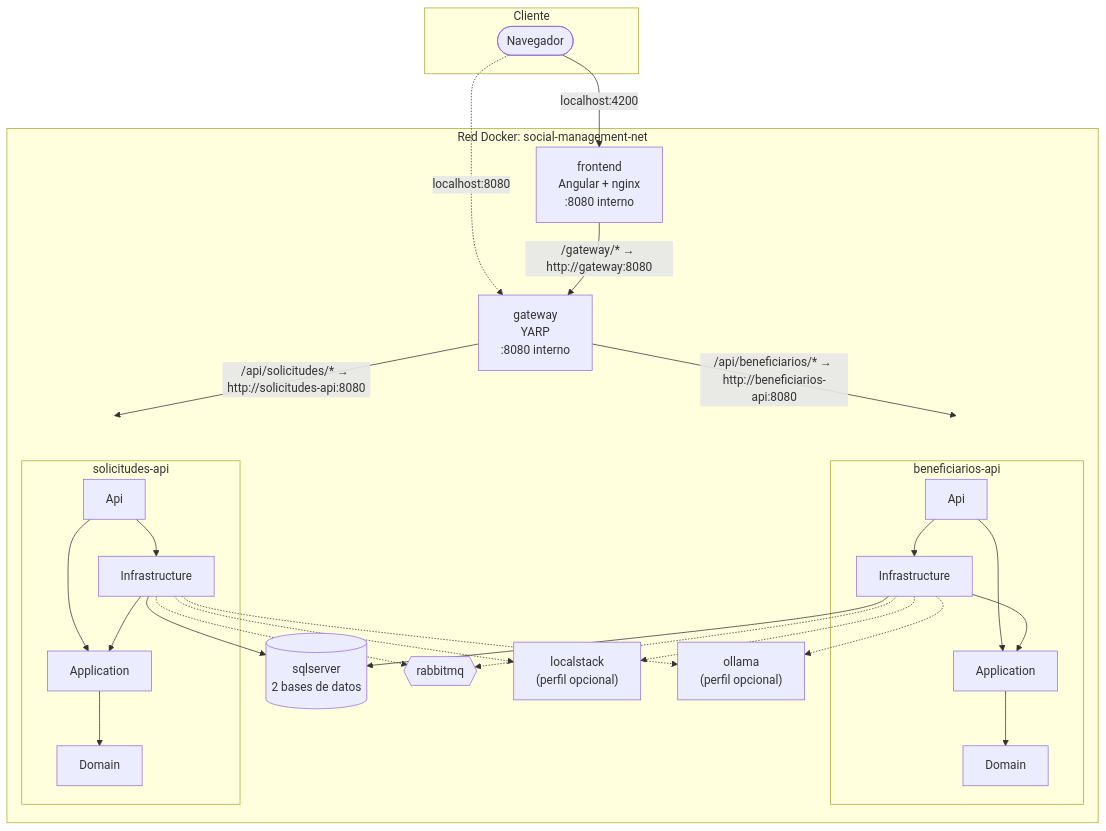
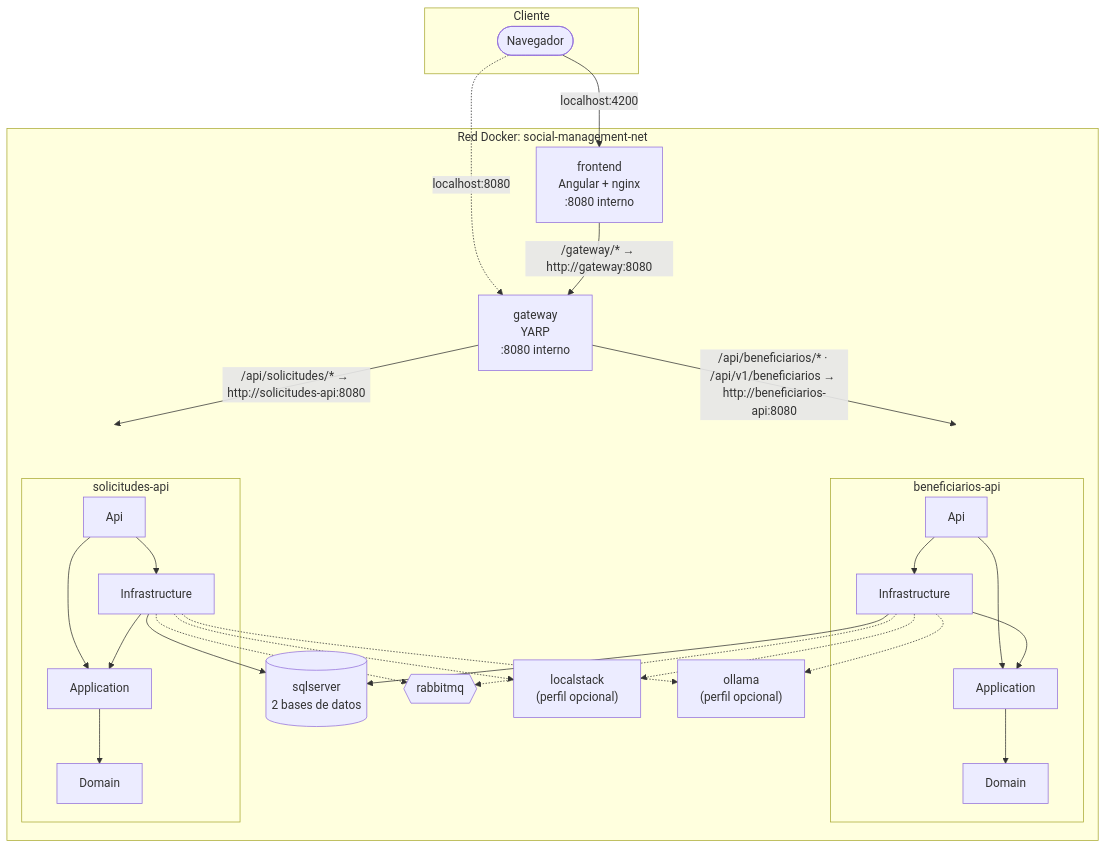
The first of 3 diagrams in docs/architecture.md (dalza1601/social-management), drawn with Mermaid before and after one commit. The commit also changed other lines of this file and 77 other files, not shown here.

````diff
--- a/docs/architecture.md
+++ b/docs/architecture.md
@@ -12,40 +12,40 @@
 ```mermaid
 flowchart TB
     subgraph Cliente
         B([Navegador])
     end
 
     subgraph Docker["Red Docker: social-management-net"]
         FE["frontend<br/>Angular + nginx<br/>:8080 interno"]
         GW["gateway<br/>YARP<br/>:8080 interno"]
 
         subgraph SB["beneficiarios-api"]
             BAPI[Api] --> BAPP[Application] --> BDOM[Domain]
             BAPI --> BINF[Infrastructure] --> BAPP
         end
 
         subgraph SS["solicitudes-api"]
             SAPI[Api] --> SAPP[Application] --> SDOM[Domain]
             SAPI --> SINF[Infrastructure] --> SAPP
         end
 
         SQL[("sqlserver<br/>2 bases de datos")]
         MQ{{"rabbitmq"}}
         LS["localstack<br/>(perfil opcional)"]
         OL["ollama<br/>(perfil opcional)"]
     end
 
     B -->|"localhost:4200"| FE
     B -.->|"localhost:8080"| GW
     FE -->|"/gateway/* → http://gateway:8080"| GW
-    GW -->|"/api/beneficiarios/* → http://beneficiarios-api:8080"| SB
+    GW -->|"/api/beneficiarios/* · /api/v1/beneficiarios → http://beneficiarios-api:8080"| SB
     GW -->|"/api/solicitudes/* → http://solicitudes-api:8080"| SS
     BINF --> SQL
     SINF --> SQL
     BINF -.-> MQ
     SINF -.-> MQ
     BINF -.-> LS
     SINF -.-> LS
     BINF -.-> OL
     SINF -.-> OL
 ```
````
